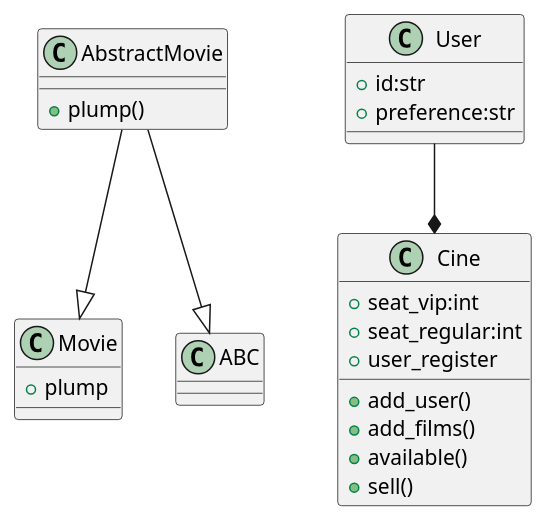
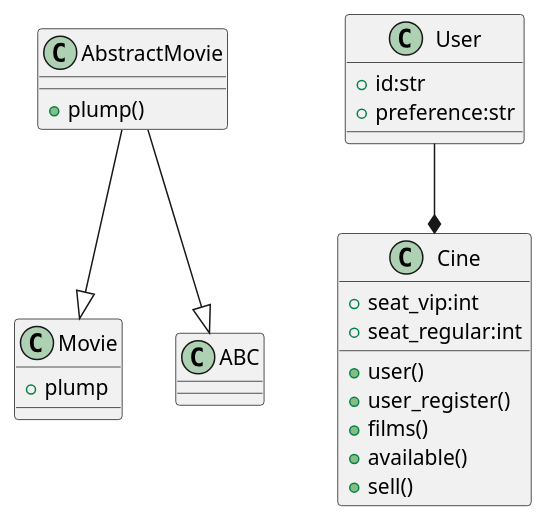
The diagram in UML.puml (K3nnyZY/Second_Partial_OOP), drawn with PlantUML before and after one commit.

Commit message:
15/11/22

```diff
--- a/UML.puml
+++ b/UML.puml
@@ -1,28 +1,28 @@
 @startuml
 class Movie{
 +plump
 }
 
 class AbstractMovie{
 +plump()
 }
 
 class User{
 +id:str
 +preference:str
 }
 
 class Cine{
 +seat_vip:int
 +seat_regular:int
-+add_user()
-+user_register
-+add_films()
++user()
++user_register()
++films()
 +available()
 +sell()
 }
 
 AbstractMovie --|> ABC
 AbstractMovie --|> Movie
 User --* Cine
 @enduml
```
